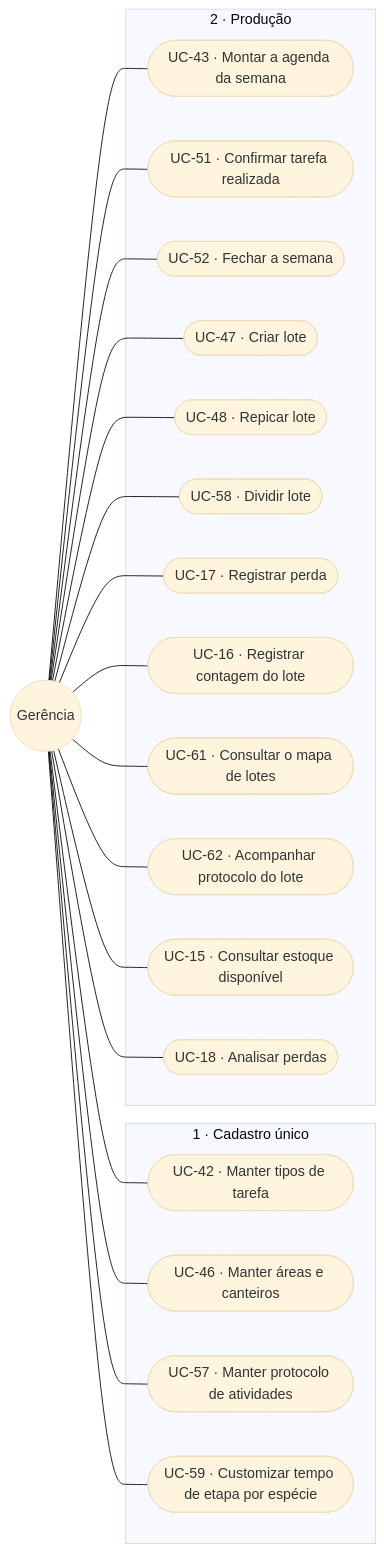
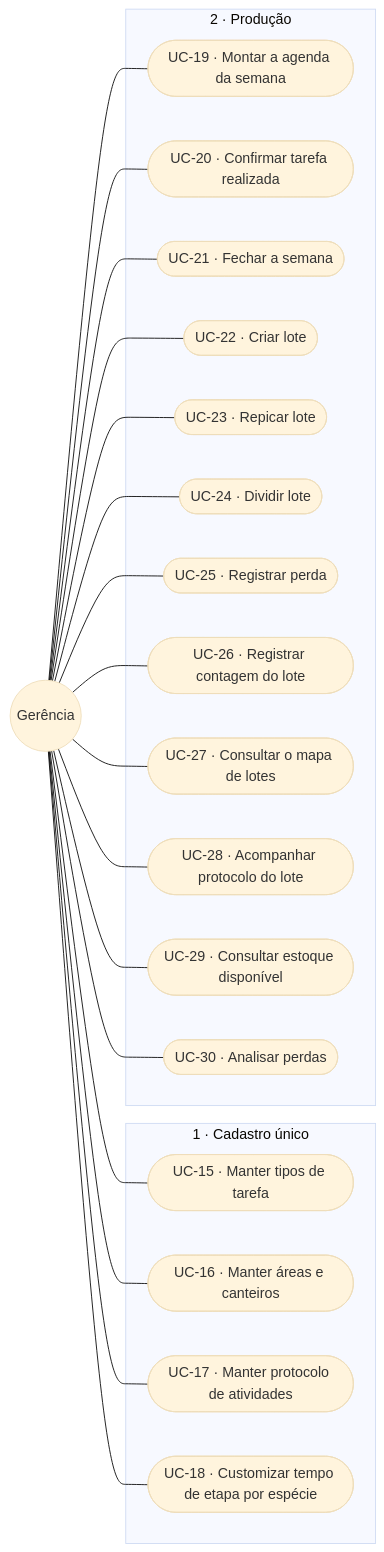
The third of 4 diagrams in docs/engenharia/C-modelagem/C1-diagrama-casos-de-uso.md (JoaoMudar/tcc), drawn with Mermaid (base theme) before and after one commit. The commit also changed other lines of this file and 53 other files, not shown here.

````diff
--- a/docs/engenharia/C-modelagem/C1-diagrama-casos-de-uso.md
+++ b/docs/engenharia/C-modelagem/C1-diagrama-casos-de-uso.md
@@ -169,43 +169,43 @@
 ```mermaid
 graph LR
   GE(("Gerência"))
 
   subgraph M1["1 · Cadastro único"]
-    UC42(["UC-42 · Manter tipos de tarefa"])
-    UC46(["UC-46 · Manter áreas e canteiros"])
-    UC57(["UC-57 · Manter protocolo de atividades"])
-    UC59(["UC-59 · Customizar tempo de etapa por espécie"])
+    UC42(["UC-15 · Manter tipos de tarefa"])
+    UC46(["UC-16 · Manter áreas e canteiros"])
+    UC57(["UC-17 · Manter protocolo de atividades"])
+    UC59(["UC-18 · Customizar tempo de etapa por espécie"])
   end
 
   subgraph M2["2 · Produção"]
-    UC43(["UC-43 · Montar a agenda da semana"])
-    UC51(["UC-51 · Confirmar tarefa realizada"])
-    UC52(["UC-52 · Fechar a semana"])
-    UC47(["UC-47 · Criar lote"])
-    UC48(["UC-48 · Repicar lote"])
-    UC58(["UC-58 · Dividir lote"])
-    UC17(["UC-17 · Registrar perda"])
-    UC16(["UC-16 · Registrar contagem do lote"])
-    UC61(["UC-61 · Consultar o mapa de lotes"])
-    UC62(["UC-62 · Acompanhar protocolo do lote"])
-    UC15(["UC-15 · Consultar estoque disponível"])
-    UC18(["UC-18 · Analisar perdas"])
+    UC43(["UC-19 · Montar a agenda da semana"])
+    UC51(["UC-20 · Confirmar tarefa realizada"])
+    UC52(["UC-21 · Fechar a semana"])
+    UC47(["UC-22 · Criar lote"])
+    UC48(["UC-23 · Repicar lote"])
+    UC58(["UC-24 · Dividir lote"])
+    UC17(["UC-25 · Registrar perda"])
+    UC16(["UC-26 · Registrar contagem do lote"])
+    UC61(["UC-27 · Consultar o mapa de lotes"])
+    UC62(["UC-28 · Acompanhar protocolo do lote"])
+    UC15(["UC-29 · Consultar estoque disponível"])
+    UC18(["UC-30 · Analisar perdas"])
   end
 
   GE --- UC42
   GE --- UC46
   GE --- UC57
   GE --- UC59
   GE --- UC43
   GE --- UC51
   GE --- UC52
   GE --- UC47
   GE --- UC48
   GE --- UC58
   GE --- UC17
   GE --- UC16
   GE --- UC61
   GE --- UC62
   GE --- UC15
   GE --- UC18
 ```
````
